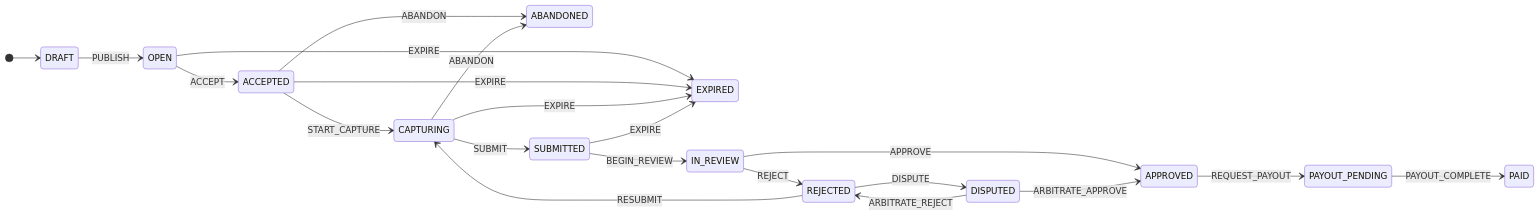
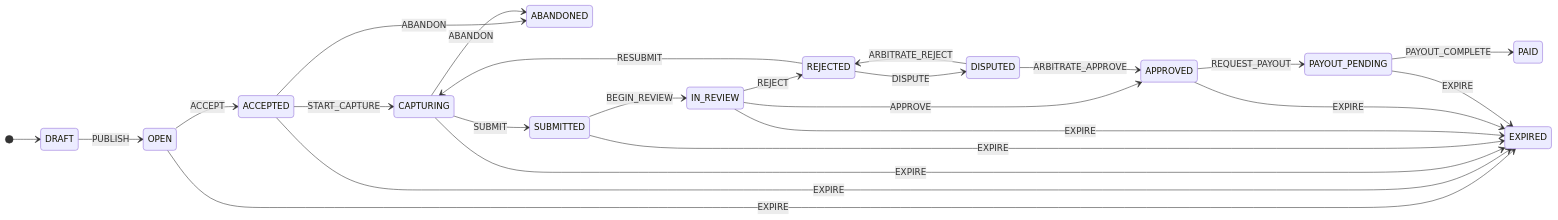
Before and after one commit to ToniAdreal/dataquest-task-lifecycle: the diagram in README.md, drawn with Mermaid. The commit also changed other lines of this file and 20 other files, not shown here.

First line of the commit message:
fix: add EXPIRE edges on IN_REVIEW, APPROVED and PAYOUT_PENDING (backlog #1428)

````diff
--- a/README.md
+++ b/README.md
@@ -577,24 +577,27 @@
 ```mermaid
 stateDiagram-v2
     direction LR
     [*] --> DRAFT
     DRAFT --> OPEN : PUBLISH
     OPEN --> ACCEPTED : ACCEPT
     OPEN --> EXPIRED : EXPIRE
     ACCEPTED --> CAPTURING : START_CAPTURE
     ACCEPTED --> ABANDONED : ABANDON
     ACCEPTED --> EXPIRED : EXPIRE
     CAPTURING --> SUBMITTED : SUBMIT
     CAPTURING --> ABANDONED : ABANDON
     CAPTURING --> EXPIRED : EXPIRE
     SUBMITTED --> IN_REVIEW : BEGIN_REVIEW
     SUBMITTED --> EXPIRED : EXPIRE
     IN_REVIEW --> APPROVED : APPROVE
     IN_REVIEW --> REJECTED : REJECT
+    IN_REVIEW --> EXPIRED : EXPIRE
     APPROVED --> PAYOUT_PENDING : REQUEST_PAYOUT
+    APPROVED --> EXPIRED : EXPIRE
     PAYOUT_PENDING --> PAID : PAYOUT_COMPLETE
+    PAYOUT_PENDING --> EXPIRED : EXPIRE
     REJECTED --> DISPUTED : DISPUTE
     REJECTED --> CAPTURING : RESUBMIT
     DISPUTED --> APPROVED : ARBITRATE_APPROVE
     DISPUTED --> REJECTED : ARBITRATE_REJECT
 ```
````
